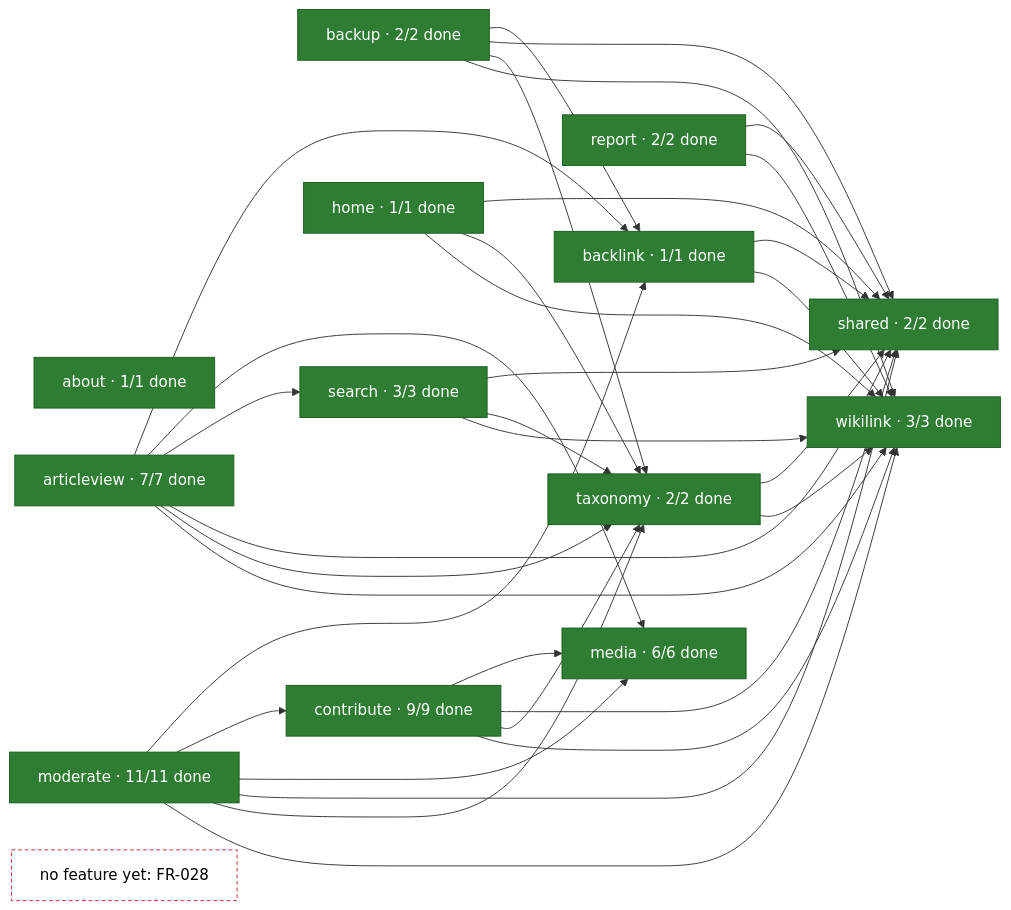
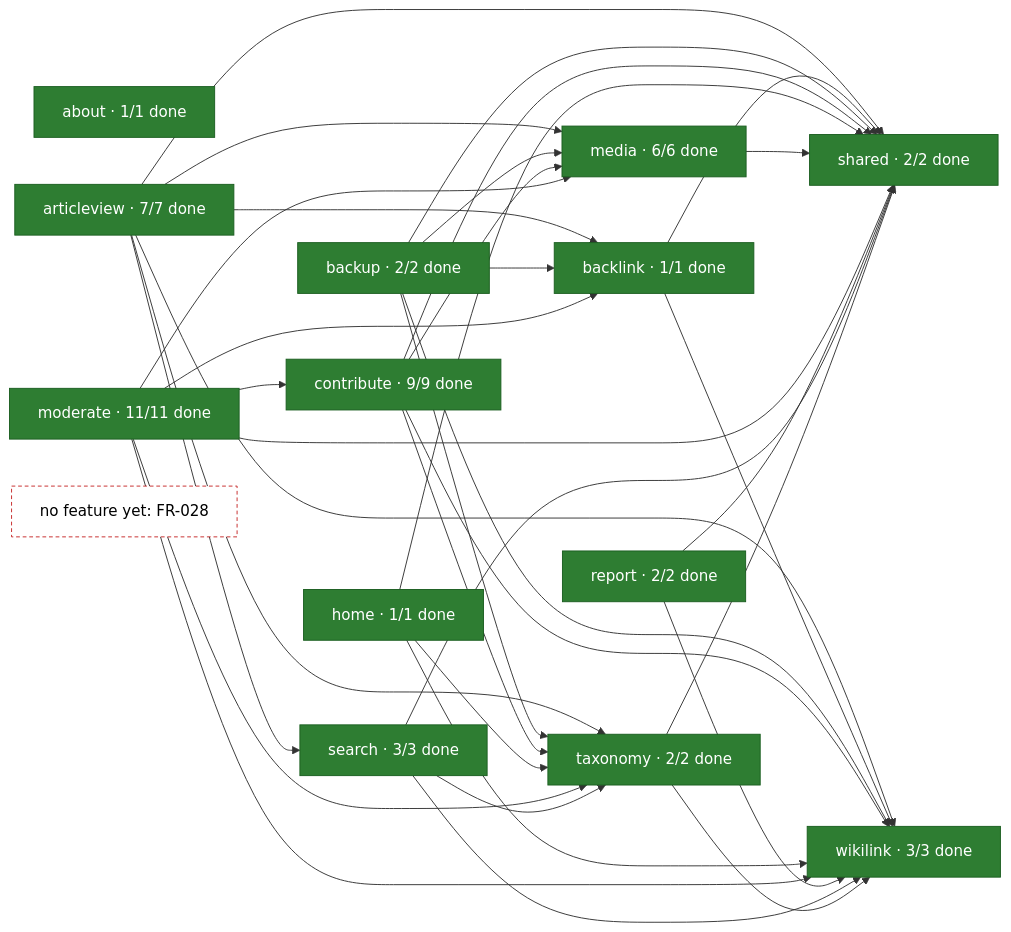
Before and after one commit to rikire/Exchange-Student-Guide-Platform: the second of 2 diagrams in docs/gap-list.md, drawn with Mermaid. The commit also changed 36 other files, not shown here.

````diff
--- a/docs/gap-list.md
+++ b/docs/gap-list.md
@@ -24,53 +24,55 @@
 ```mermaid
 flowchart LR
     about["about · 1/1 done"]:::done
     articleview["articleview · 7/7 done"]:::done
     backlink["backlink · 1/1 done"]:::done
     backup["backup · 2/2 done"]:::done
     contribute["contribute · 9/9 done"]:::done
     home["home · 1/1 done"]:::done
     media["media · 6/6 done"]:::done
     moderate["moderate · 11/11 done"]:::done
     report["report · 2/2 done"]:::done
     search["search · 3/3 done"]:::done
     shared["shared · 2/2 done"]:::done
     taxonomy["taxonomy · 2/2 done"]:::done
     wikilink["wikilink · 3/3 done"]:::done
     unmapped["no feature yet: FR-028"]:::unmapped
     articleview --> backlink
     articleview --> media
     articleview --> search
     articleview --> shared
     articleview --> taxonomy
     articleview --> wikilink
     backlink --> shared
     backlink --> wikilink
     backup --> backlink
+    backup --> media
     backup --> shared
     backup --> taxonomy
     backup --> wikilink
     contribute --> media
     contribute --> shared
     contribute --> taxonomy
     contribute --> wikilink
     home --> shared
     home --> taxonomy
     home --> wikilink
+    media --> shared
     moderate --> backlink
     moderate --> contribute
     moderate --> media
     moderate --> shared
     moderate --> taxonomy
     moderate --> wikilink
     report --> shared
     report --> wikilink
     search --> shared
     search --> taxonomy
     search --> wikilink
     taxonomy --> shared
     taxonomy --> wikilink
     classDef done fill:#2e7d32,stroke:#1b5e20,color:#ffffff
     classDef partial fill:#f9a825,stroke:#f57f17,color:#000000
     classDef none fill:#e0e0e0,stroke:#9e9e9e,color:#000000
     classDef unmapped fill:#ffffff,stroke:#c62828,stroke-dasharray:4 3,color:#000000
 ```
````
